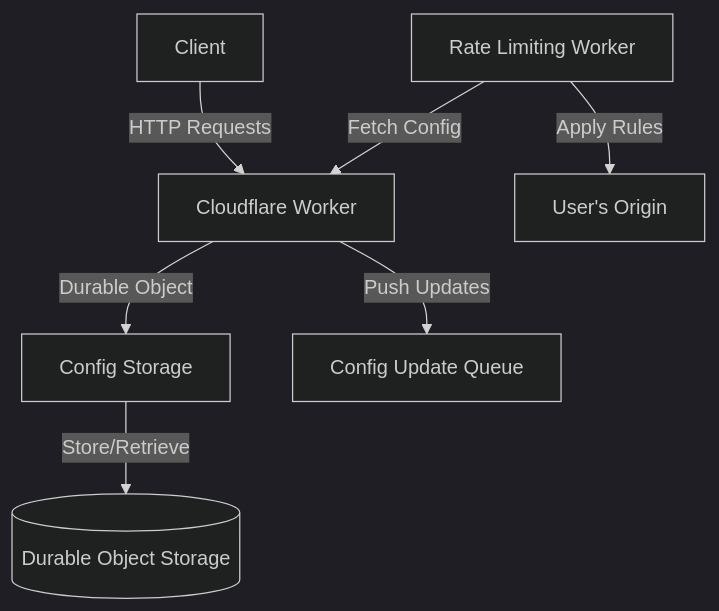
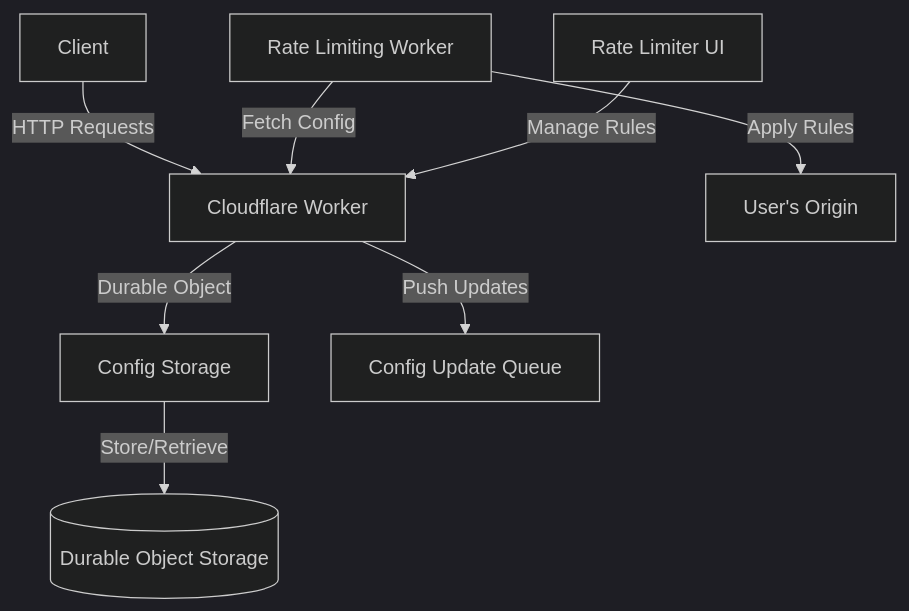
Before and after one commit to erfianugrah/rate-limiter-config-storage: the first of 4 diagrams in README.md, drawn with Mermaid (dark theme). The commit also changed other lines of this file, not shown here.

````diff
--- a/README.md
+++ b/README.md
@@ -49,9 +46,10 @@
 ```mermaid
 graph TD
     A[Client] -->|HTTP Requests| B[Cloudflare Worker]
     B -->|Durable Object| C[Config Storage]
     C -->|Store/Retrieve| D[(Durable Object Storage)]
     B -->|Push Updates| E[Config Update Queue]
     F[Rate Limiting Worker] -->|Fetch Config| B
-    F -->|Apply Rules| G[User's Origin]
+    G[Rate Limiter UI] -->|Manage Rules| B
+    F -->|Apply Rules| H[User's Origin]
 ```
````
